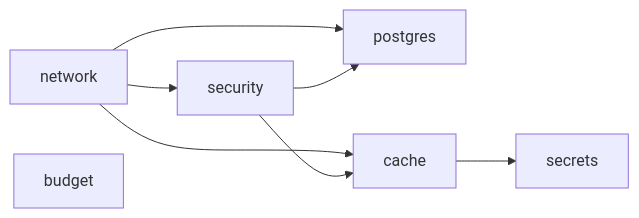
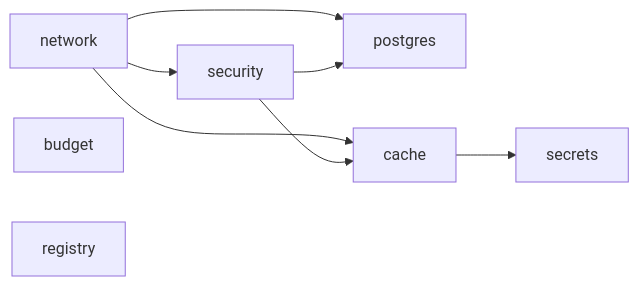
One commit to maheshnd/minitickets changed the third of 3 diagrams in docs/00-architecture.md. Above: the diagram before and after it, drawn with Mermaid. The commit also changed other lines of this file and 9 other files, not shown here.

````diff
--- a/docs/00-architecture.md
+++ b/docs/00-architecture.md
@@ -65,10 +69,11 @@
 ```mermaid
 flowchart LR
     network --> security
     network --> postgres
     security --> postgres
     network --> cache
     security --> cache
     cache --> secrets
     budget
+    registry
 ```
````
